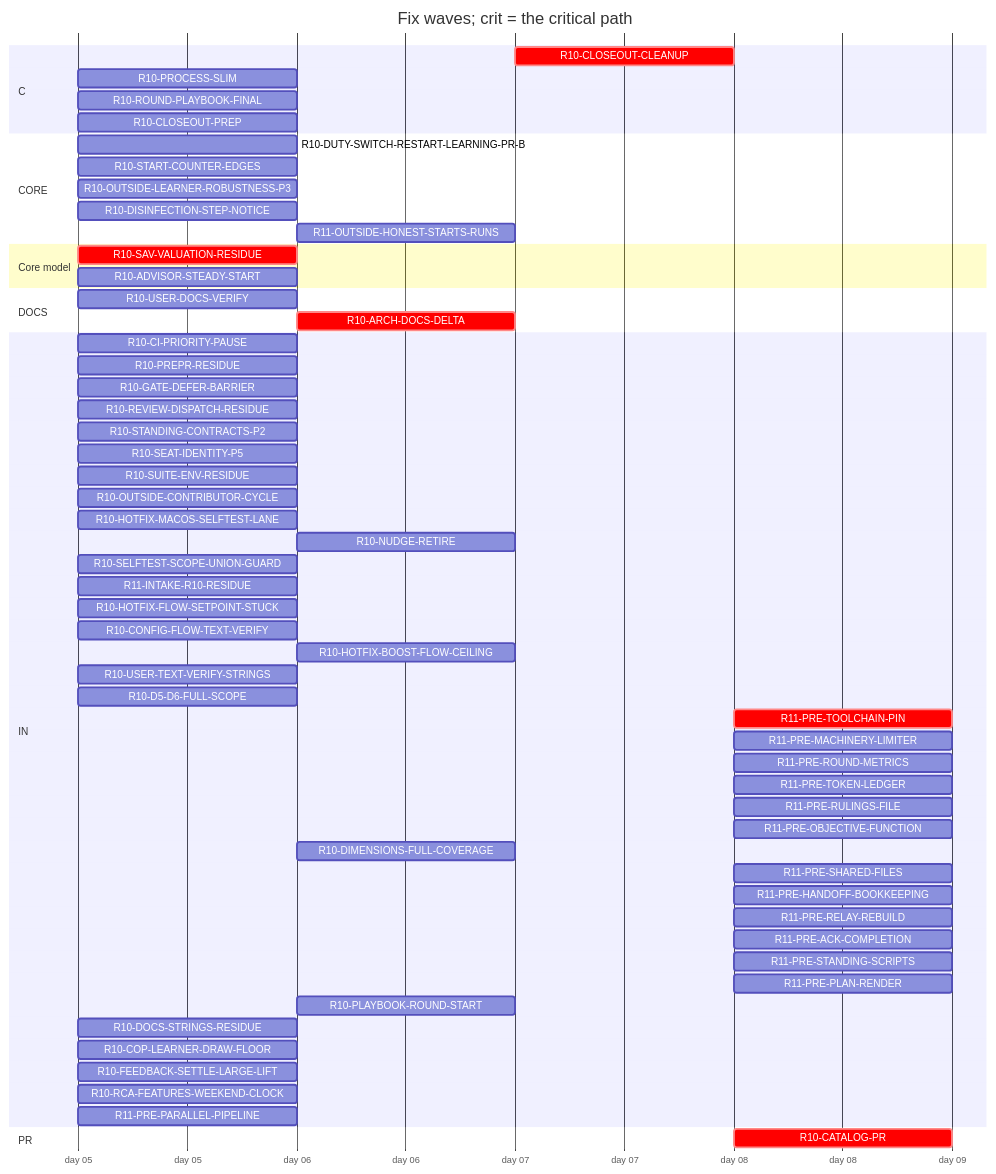
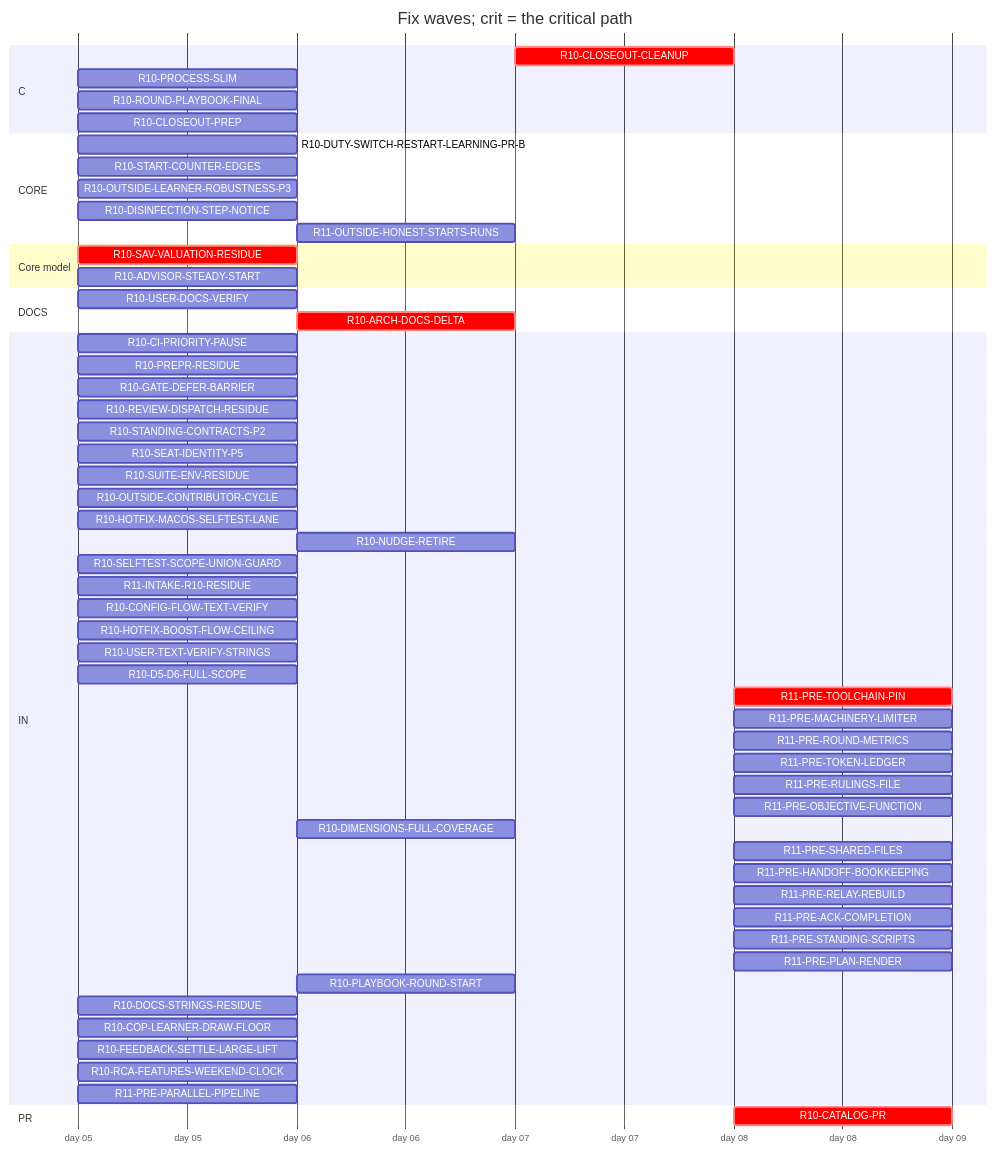
One commit to tvofi/heatpump_optimizer changed the diagram in handoff/round10/state/PLAN-TABLE.md. Above: the diagram before and after it, drawn with Mermaid. The commit also changed other lines of this file and 3 other files, not shown here.

Commit message:
state: FLOW-BOARD.md, NEXT-SESSION-PROMPT.md, PLAN-TABLE.md, RESUME-CURRENT.md regenerated (state_docs.py)

````diff
--- a/handoff/round10/state/PLAN-TABLE.md
+++ b/handoff/round10/state/PLAN-TABLE.md
@@ -19,62 +19,61 @@
 ```mermaid
 gantt
   title Fix waves; crit = the critical path
   dateFormat YYYY-MM-DD
   axisFormat day %d
   section C
     R10-CLOSEOUT-CLEANUP :crit, r10CLOSEOUTCLEANUP, after r10USERDOCSVERIFY r10CLOSEOUTPREP r10ARCHDOCSDELTA, 1d
     R10-PROCESS-SLIM :r10PROCESSSLIM, 2026-01-05, 1d
     R10-ROUND-PLAYBOOK-FINAL :r10ROUNDPLAYBOOKFINAL, 2026-01-05, 1d
     R10-CLOSEOUT-PREP :r10CLOSEOUTPREP, 2026-01-05, 1d
   section CORE
     R10-DUTY-SWITCH-RESTART-LEARNING-PR-B :r10DUTYSWITCHRESTARTLEARNINGPRB, 2026-01-05, 1d
     R10-START-COUNTER-EDGES :r10STARTCOUNTEREDGES, 2026-01-05, 1d
     R10-OUTSIDE-LEARNER-ROBUSTNESS-P3 :r10OUTSIDELEARNERROBUSTNESSP3, 2026-01-05, 1d
     R10-DISINFECTION-STEP-NOTICE :r10DISINFECTIONSTEPNOTICE, 2026-01-05, 1d
     R11-OUTSIDE-HONEST-STARTS-RUNS :r11OUTSIDEHONESTSTARTSRUNS, after r10ADVISORSTEADYSTART, 1d
   section Core model
     R10-SAV-VALUATION-RESIDUE :crit, r10SAVVALUATIONRESIDUE, 2026-01-05, 1d
     R10-ADVISOR-STEADY-START :r10ADVISORSTEADYSTART, 2026-01-05, 1d
   section DOCS
     R10-USER-DOCS-VERIFY :r10USERDOCSVERIFY, 2026-01-05, 1d
     R10-ARCH-DOCS-DELTA :crit, r10ARCHDOCSDELTA, after r10SAVVALUATIONRESIDUE r10ADVISORSTEADYSTART, 1d
   section IN
     R10-CI-PRIORITY-PAUSE :r10CIPRIORITYPAUSE, 2026-01-05, 1d
     R10-PREPR-RESIDUE :r10PREPRRESIDUE, 2026-01-05, 1d
     R10-GATE-DEFER-BARRIER :r10GATEDEFERBARRIER, 2026-01-05, 1d
     R10-REVIEW-DISPATCH-RESIDUE :r10REVIEWDISPATCHRESIDUE, 2026-01-05, 1d
     R10-STANDING-CONTRACTS-P2 :r10STANDINGCONTRACTSP2, 2026-01-05, 1d
     R10-SEAT-IDENTITY-P5 :r10SEATIDENTITYP5, 2026-01-05, 1d
     R10-SUITE-ENV-RESIDUE :r10SUITEENVRESIDUE, 2026-01-05, 1d
     R10-OUTSIDE-CONTRIBUTOR-CYCLE :r10OUTSIDECONTRIBUTORCYCLE, 2026-01-05, 1d
     R10-HOTFIX-MACOS-SELFTEST-LANE :r10HOTFIXMACOSSELFTESTLANE, 2026-01-05, 1d
     R10-NUDGE-RETIRE :r10NUDGERETIRE, after r10ROUNDPLAYBOOKFINAL, 1d
     R10-SELFTEST-SCOPE-UNION-GUARD :r10SELFTESTSCOPEUNIONGUARD, 2026-01-05, 1d
     R11-INTAKE-R10-RESIDUE :r11INTAKER10RESIDUE, 2026-01-05, 1d
-    R10-HOTFIX-FLOW-SETPOINT-STUCK :r10HOTFIXFLOWSETPOINTSTUCK, 2026-01-05, 1d
     R10-CONFIG-FLOW-TEXT-VERIFY :r10CONFIGFLOWTEXTVERIFY, 2026-01-05, 1d
-    R10-HOTFIX-BOOST-FLOW-CEILING :r10HOTFIXBOOSTFLOWCEILING, after r10HOTFIXFLOWSETPOINTSTUCK, 1d
+    R10-HOTFIX-BOOST-FLOW-CEILING :r10HOTFIXBOOSTFLOWCEILING, 2026-01-05, 1d
     R10-USER-TEXT-VERIFY-STRINGS :r10USERTEXTVERIFYSTRINGS, 2026-01-05, 1d
     R10-D5-D6-FULL-SCOPE :r10D5D6FULLSCOPE, 2026-01-05, 1d
     R11-PRE-TOOLCHAIN-PIN :crit, r11PRETOOLCHAINPIN, after r10CATALOGPR, 1d
     R11-PRE-MACHINERY-LIMITER :r11PREMACHINERYLIMITER, after r10CATALOGPR, 1d
     R11-PRE-ROUND-METRICS :r11PREROUNDMETRICS, after r10CATALOGPR, 1d
     R11-PRE-TOKEN-LEDGER :r11PRETOKENLEDGER, after r10CATALOGPR, 1d
     R11-PRE-RULINGS-FILE :r11PRERULINGSFILE, after r10CATALOGPR, 1d
     R11-PRE-OBJECTIVE-FUNCTION :r11PREOBJECTIVEFUNCTION, after r10CATALOGPR, 1d
     R10-DIMENSIONS-FULL-COVERAGE :r10DIMENSIONSFULLCOVERAGE, after r10D5D6FULLSCOPE, 1d
     R11-PRE-SHARED-FILES :r11PRESHAREDFILES, after r10CATALOGPR, 1d
     R11-PRE-HANDOFF-BOOKKEEPING :r11PREHANDOFFBOOKKEEPING, after r10CATALOGPR, 1d
     R11-PRE-RELAY-REBUILD :r11PRERELAYREBUILD, after r10CATALOGPR, 1d
     R11-PRE-ACK-COMPLETION :r11PREACKCOMPLETION, after r10CATALOGPR, 1d
     R11-PRE-STANDING-SCRIPTS :r11PRESTANDINGSCRIPTS, after r10CATALOGPR, 1d
     R11-PRE-PLAN-RENDER :r11PREPLANRENDER, after r10CATALOGPR, 1d
     R10-PLAYBOOK-ROUND-START :r10PLAYBOOKROUNDSTART, after r10ROUNDPLAYBOOKFINAL, 1d
     R10-DOCS-STRINGS-RESIDUE :r10DOCSSTRINGSRESIDUE, 2026-01-05, 1d
     R10-COP-LEARNER-DRAW-FLOOR :r10COPLEARNERDRAWFLOOR, 2026-01-05, 1d
     R10-FEEDBACK-SETTLE-LARGE-LIFT :r10FEEDBACKSETTLELARGELIFT, 2026-01-05, 1d
     R10-RCA-FEATURES-WEEKEND-CLOCK :r10RCAFEATURESWEEKENDCLOCK, 2026-01-05, 1d
     R11-PRE-PARALLEL-PIPELINE :r11PREPARALLELPIPELINE, 2026-01-05, 1d
   section PR
     R10-CATALOG-PR :crit, r10CATALOGPR, after r10USERDOCSVERIFY r10CLOSEOUTCLEANUP r10CLOSEOUTPREP r10ARCHDOCSDELTA, 1d
 ```
````
